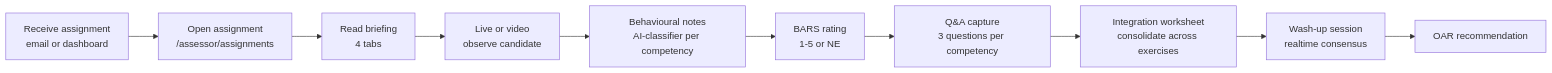
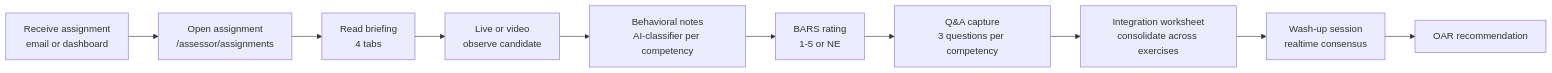
One commit to AimanSadeq/vifm-assessment-center changed the second of 4 diagrams in docs/user-guide-ac.md. Above: the diagram before and after it, drawn with Mermaid. The commit also changed 22 other files, not shown here.

````diff
--- a/docs/user-guide-ac.md
+++ b/docs/user-guide-ac.md
@@ -84,12 +84,12 @@
 ```mermaid
 flowchart LR
   A[Receive assignment<br/>email or dashboard] --> B[Open assignment<br/>/assessor/assignments]
   B --> C[Read briefing<br/>4 tabs]
   C --> D[Live or video<br/>observe candidate]
-  D --> E[Behavioural notes<br/>AI-classifier per competency]
+  D --> E[Behavioral notes<br/>AI-classifier per competency]
   E --> F[BARS rating<br/>1-5 or NE]
   F --> G[Q&A capture<br/>3 questions per competency]
   G --> H[Integration worksheet<br/>consolidate across exercises]
   H --> I[Wash-up session<br/>realtime consensus]
   I --> J[OAR recommendation]
 ```
````
